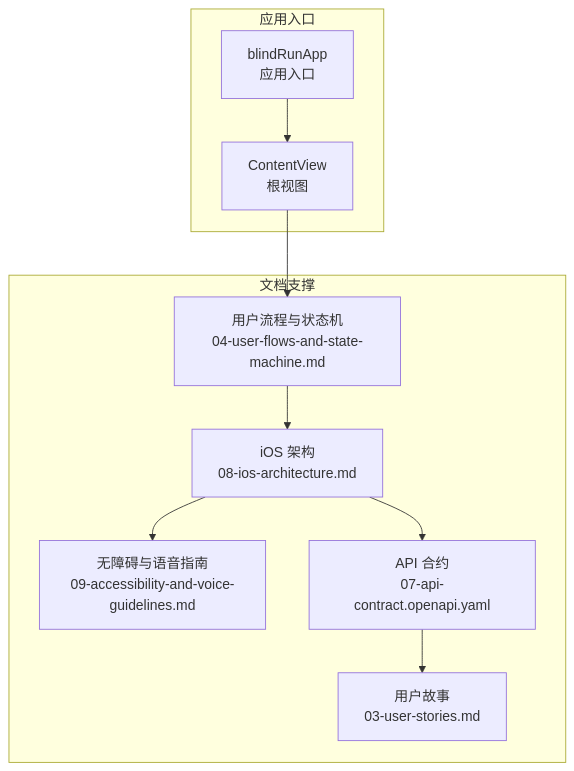
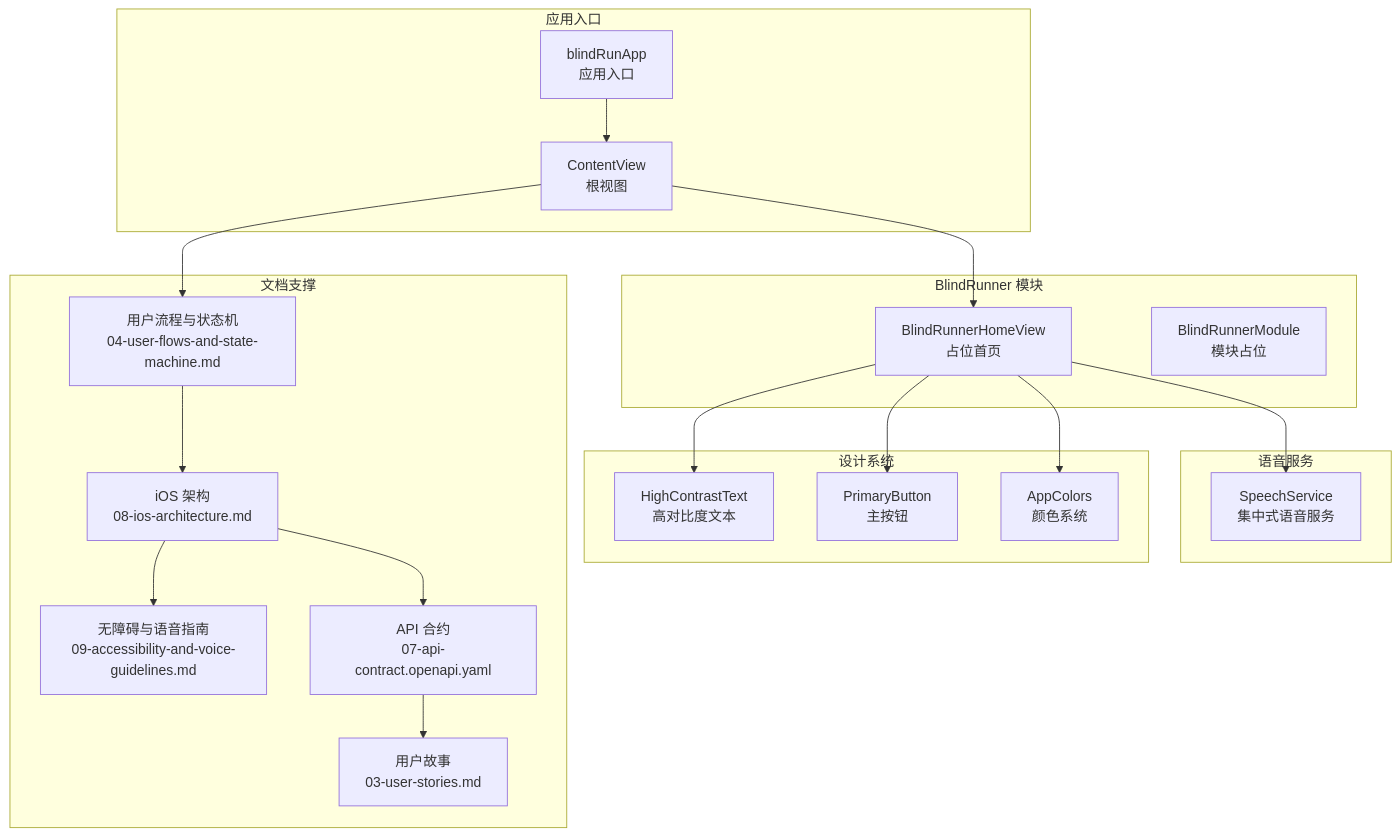
The first of 7 diagrams in .qoder/repowiki/zh/content/架构设计/模块化架构设计/BlindRunner 盲人跑者模块.md (Jayden23018/blind-run-ios), drawn with Mermaid before and after one commit. The commit also changed other lines of this file and 21 other files, not shown here.

````diff
--- a/.qoder/repowiki/zh/content/架构设计/模块化架构设计/BlindRunner 盲人跑者模块.md
+++ b/.qoder/repowiki/zh/content/架构设计/模块化架构设计/BlindRunner 盲人跑者模块.md
@@ -38,20 +54,37 @@
 ```mermaid
 graph TB
 subgraph "应用入口"
 App["blindRunApp<br/>应用入口"]
 Root["ContentView<br/>根视图"]
+end
+subgraph "BlindRunner 模块"
+BR_Home["BlindRunnerHomeView<br/>占位首页"]
+BR_Module["BlindRunnerModule<br/>模块占位"]
+end
+subgraph "语音服务"
+Speech["SpeechService<br/>集中式语音服务"]
+end
+subgraph "设计系统"
+HCT["HighContrastText<br/>高对比度文本"]
+PB["PrimaryButton<br/>主按钮"]
+AC["AppColors<br/>颜色系统"]
 end
 subgraph "文档支撑"
 Flows["用户流程与状态机<br/>04-user-flows-and-state-machine.md"]
 Arch["iOS 架构<br/>08-ios-architecture.md"]
 A11y["无障碍与语音指南<br/>09-accessibility-and-voice-guidelines.md"]
 API["API 合约<br/>07-api-contract.openapi.yaml"]
 Stories["用户故事<br/>03-user-stories.md"]
 end
 App --> Root
+Root --> BR_Home
+BR_Home --> Speech
+BR_Home --> HCT
+BR_Home --> PB
+BR_Home --> AC
 Root --> Flows
 Flows --> Arch
 Arch --> A11y
 Arch --> API
 API --> Stories
 ```
````
